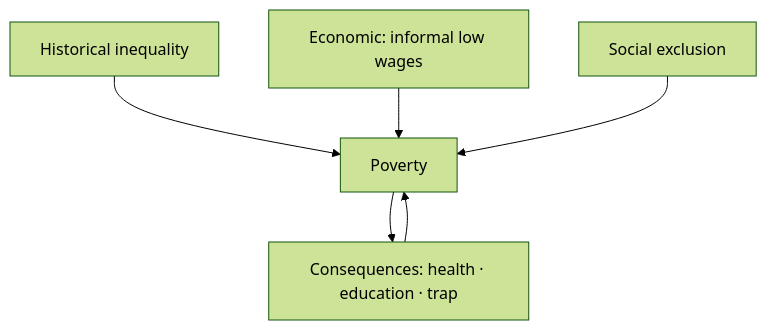
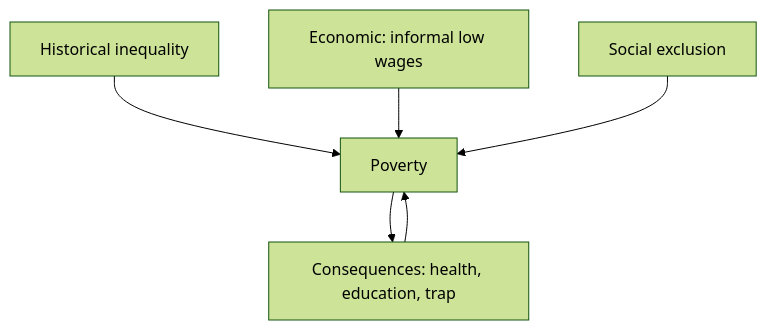
The diagram in mains-pyqs/GS-1/07_Society_Development/03_Poverty_Causes_Consequences.md (nitishpratap/UP-PCS), drawn with Mermaid (forest theme) before and after one commit. The commit also changed other lines of this file and 97 other files, not shown here.

````diff
--- a/mains-pyqs/GS-1/07_Society_Development/03_Poverty_Causes_Consequences.md
+++ b/mains-pyqs/GS-1/07_Society_Development/03_Poverty_Causes_Consequences.md
@@ -108,8 +95,8 @@
 ```mermaid
 flowchart TD
   H[Historical inequality] --> P[Poverty]
   E[Economic: informal low wages] --> P
   S[Social exclusion] --> P
-  P --> C[Consequences: health · education · trap]
+  P --> C[Consequences: health, education, trap]
   C --> P
 ```
````
